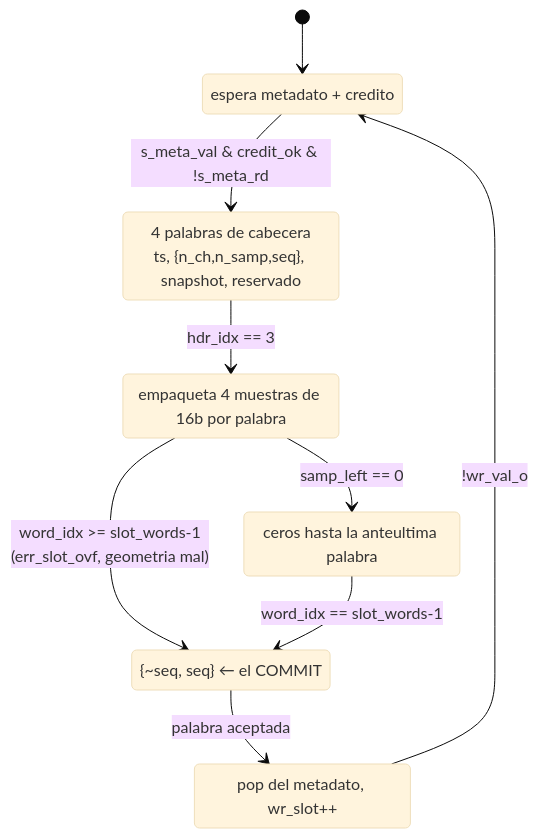
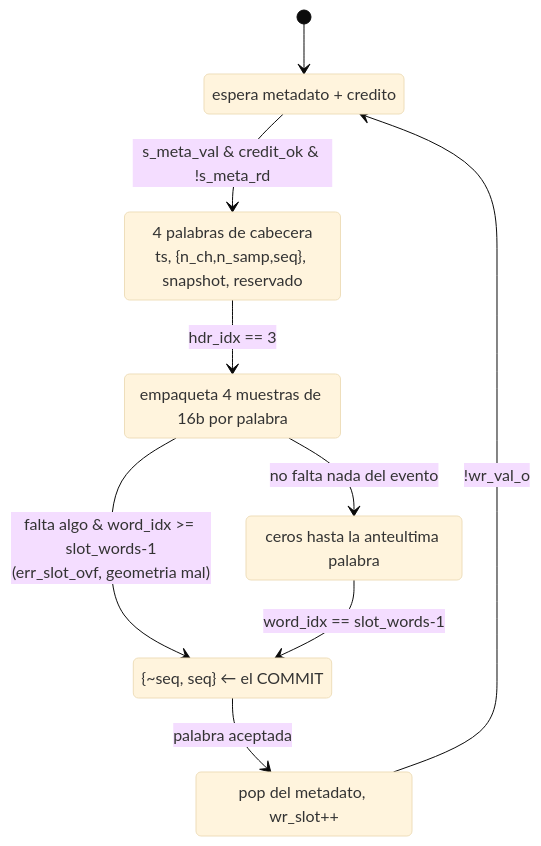
The second of 3 diagrams in prj/MCA/docs/event_ring/logica_de_captura_y_axi.md (LorenBataraza/RedPitaya-FPGA), drawn with Mermaid (base theme) before and after one commit. The commit also changed other lines of this file and 229 other files, not shown here.

````diff
--- a/prj/MCA/docs/event_ring/logica_de_captura_y_axi.md
+++ b/prj/MCA/docs/event_ring/logica_de_captura_y_axi.md
@@ -244,18 +283,18 @@
 ```mermaid
 stateDiagram-v2
     [*] --> W_IDLE
     W_IDLE: espera metadato + credito
     W_HDR: 4 palabras de cabecera<br/>ts, {n_ch,n_samp,seq}, snapshot, reservado
     W_DATA: empaqueta 4 muestras de 16b por palabra
     W_PAD: ceros hasta la anteultima palabra
     W_FOOT: {~seq, seq}  ← el COMMIT
     W_DONE: pop del metadato, wr_slot++
 
     W_IDLE --> W_HDR: s_meta_val & credit_ok & !s_meta_rd
     W_HDR --> W_DATA: hdr_idx == 3
-    W_DATA --> W_PAD: samp_left == 0
-    W_DATA --> W_FOOT: word_idx >= slot_words-1<br/>(err_slot_ovf, geometria mal)
+    W_DATA --> W_PAD: no falta nada del evento
+    W_DATA --> W_FOOT: falta algo & word_idx >= slot_words-1<br/>(err_slot_ovf, geometria mal)
     W_PAD --> W_FOOT: word_idx == slot_words-1
     W_FOOT --> W_DONE: palabra aceptada
     W_DONE --> W_IDLE: !wr_val_o
 ```
````
